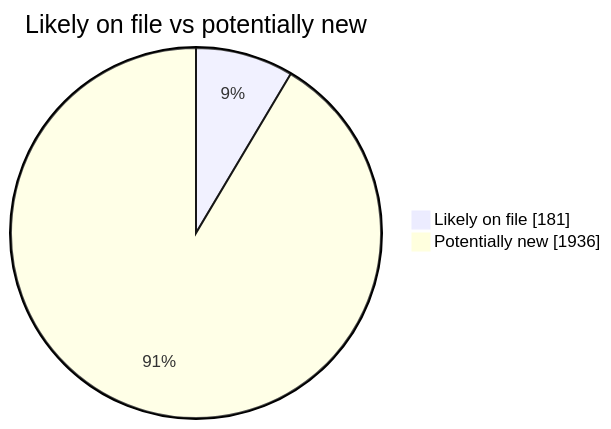
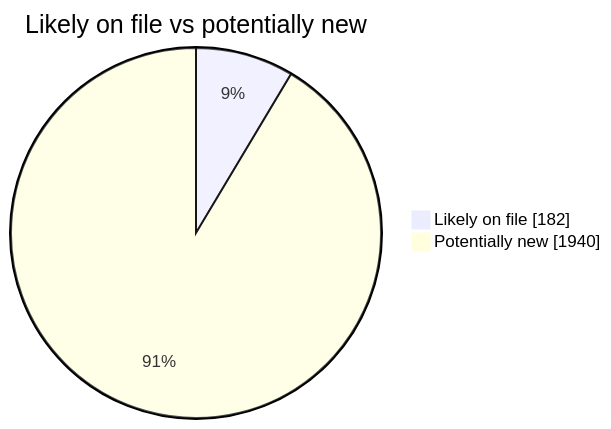
Before and after one commit to martinbalfanz/social-scanner-reports: the second of 4 diagrams in README.md, drawn with Mermaid. The commit also changed other lines of this file and 4 other files, not shown here.

````diff
--- a/README.md
+++ b/README.md
@@ -40,5 +40,5 @@
 ```mermaid
 pie showData title Likely on file vs potentially new
-    "Likely on file" : 181
-    "Potentially new" : 1936
+    "Likely on file" : 182
+    "Potentially new" : 1940
 ```
````
